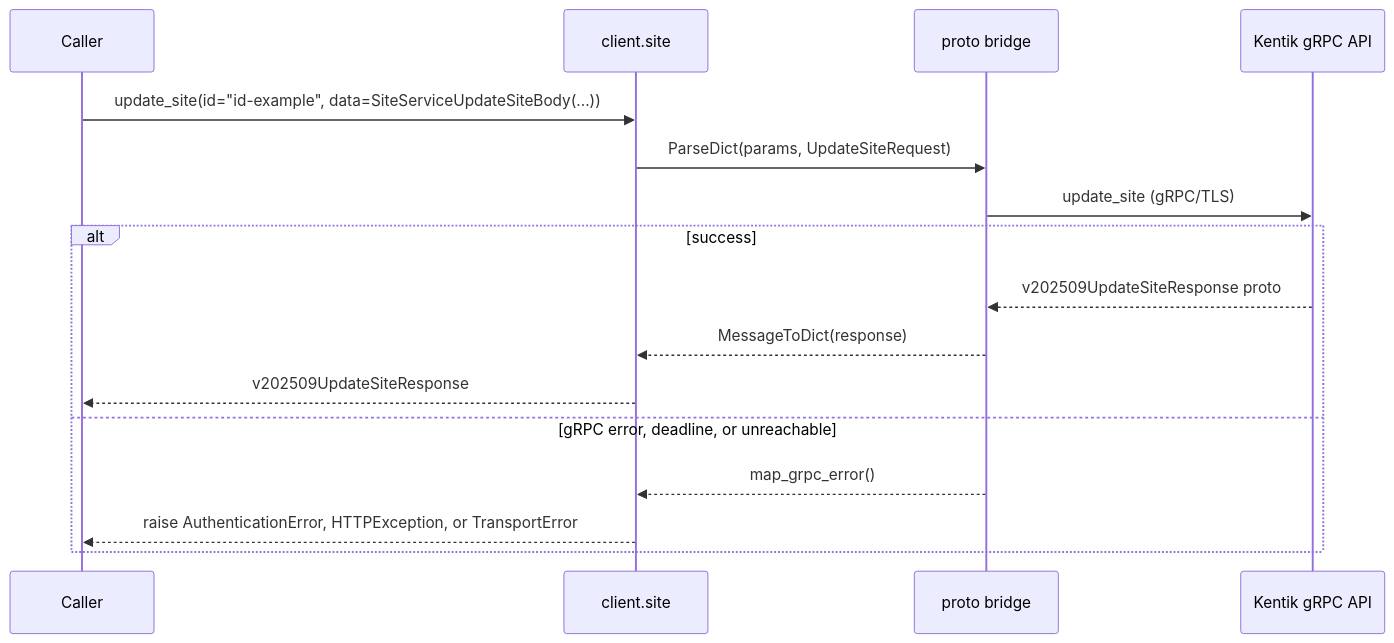
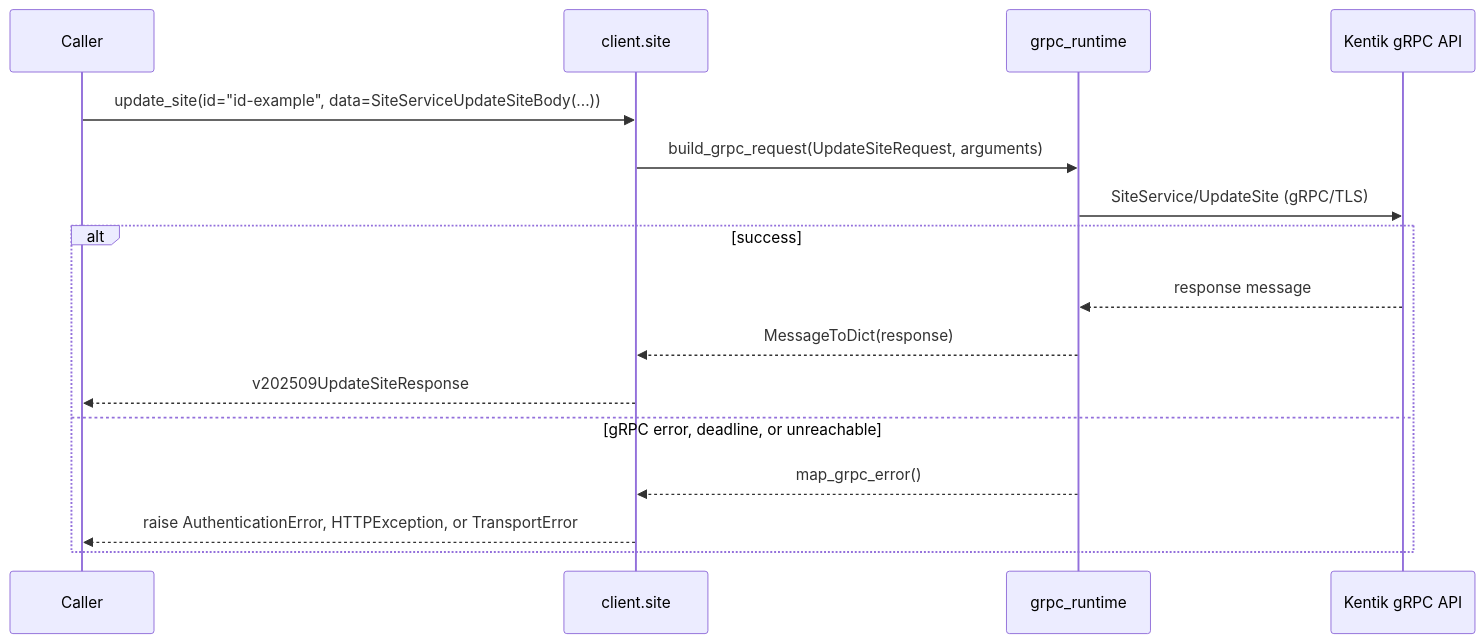
One commit to alexdearaujo/community_sdk_python changed diagram 19 of 22 in docs/sphinx/services/site.md. Above: the diagram before and after it, drawn with Mermaid. The commit also changed other lines of this file and 37 other files, not shown here.

First line of the commit message:
docs: show the real RPC in each service page's gRPC diagram

````diff
--- a/docs/sphinx/services/site.md
+++ b/docs/sphinx/services/site.md
@@ -653,19 +653,19 @@
 ```mermaid
 sequenceDiagram
     participant C as Caller
     participant W as client.site
-    participant B as proto bridge
+    participant R as grpc_runtime
     participant API as Kentik gRPC API
 
     C->>W: update_site(id="id-example", data=SiteServiceUpdateSiteBody(...))
-    W->>B: ParseDict(params, UpdateSiteRequest)
-    B->>API: update_site (gRPC/TLS)
+    W->>R: build_grpc_request(UpdateSiteRequest, arguments)
+    R->>API: SiteService/UpdateSite (gRPC/TLS)
     alt success
-        API-->>B: v202509UpdateSiteResponse proto
-        B-->>W: MessageToDict(response)
+        API-->>R: response message
+        R-->>W: MessageToDict(response)
         W-->>C: v202509UpdateSiteResponse
     else gRPC error, deadline, or unreachable
-        B-->>W: map_grpc_error()
+        R-->>W: map_grpc_error()
         W-->>C: raise AuthenticationError, HTTPException, or TransportError
     end
 ```
````
